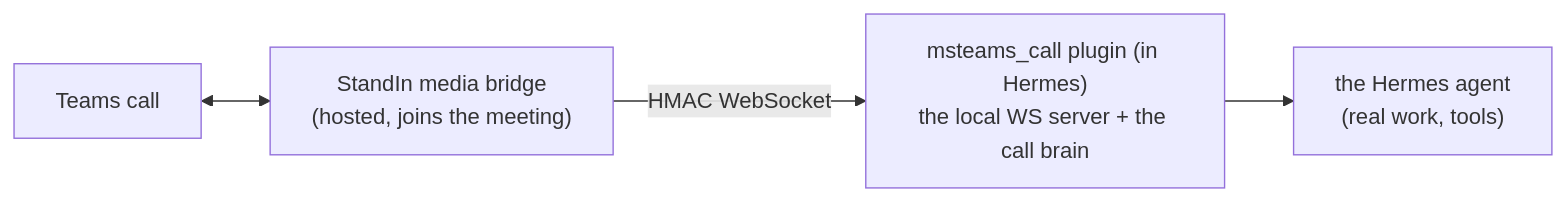
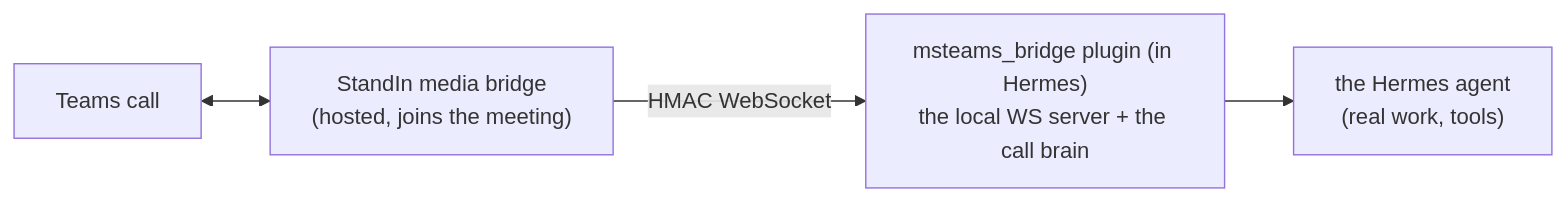
The diagram in website/src/content/docs/index.mdx (komaa-com/hermes-msteams-bridge), drawn with Mermaid before and after one commit. The commit also changed other lines of this file and 53 other files, not shown here.

First line of the commit message:
Rename to msteams_bridge, add voice transcription and vision parity (#38)

````diff
--- a/website/src/content/docs/index.mdx
+++ b/website/src/content/docs/index.mdx
@@ -38,10 +38,10 @@
 ```mermaid
 flowchart LR
     Teams["Teams call"]
     Bridge["StandIn media bridge<br/>(hosted, joins the meeting)"]
-    Plugin["msteams_call plugin (in Hermes)<br/>the local WS server + the call brain"]
+    Plugin["msteams_bridge plugin (in Hermes)<br/>the local WS server + the call brain"]
     Agent["the Hermes agent<br/>(real work, tools)"]
     Teams <--> Bridge
     Bridge -->|HMAC WebSocket| Plugin
     Plugin --> Agent
 ```
````
